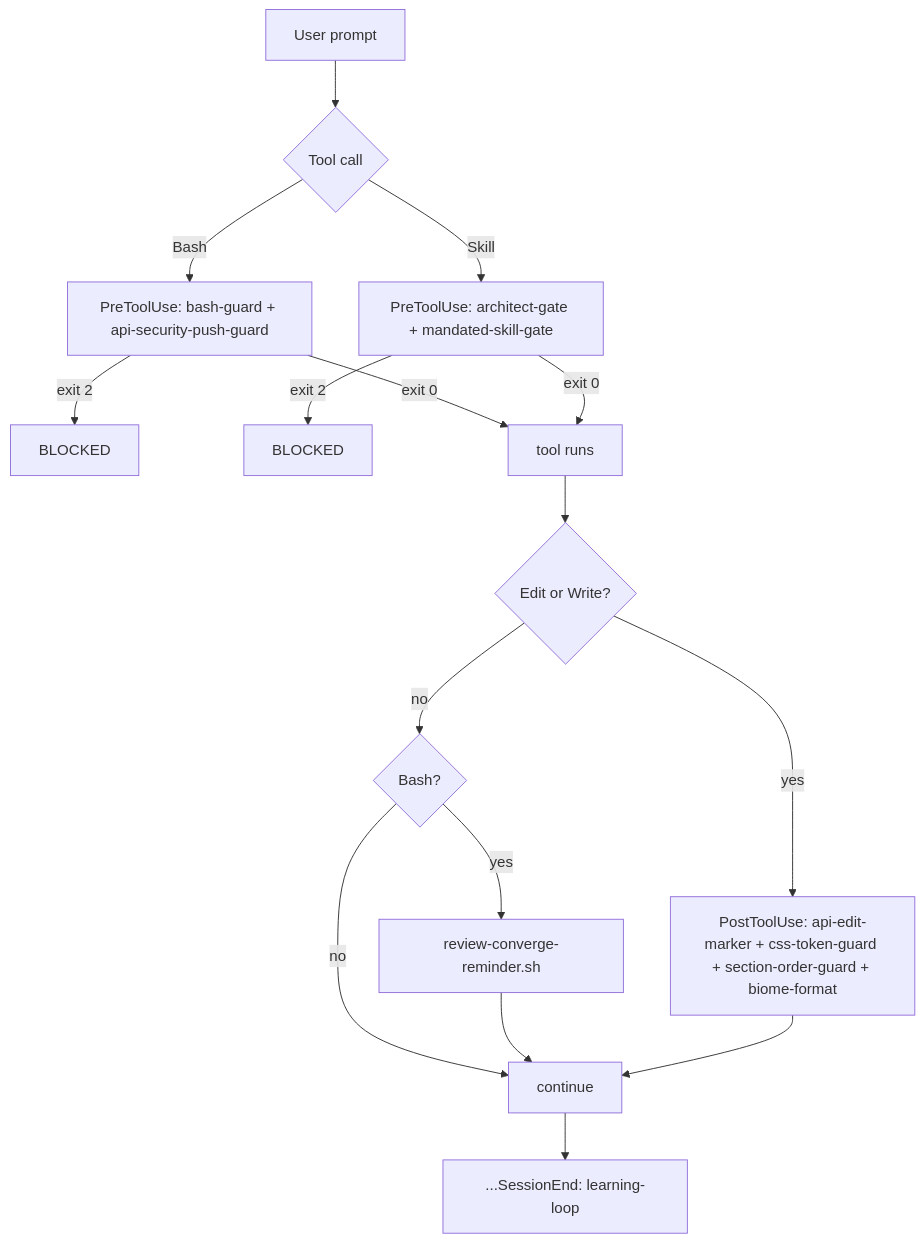
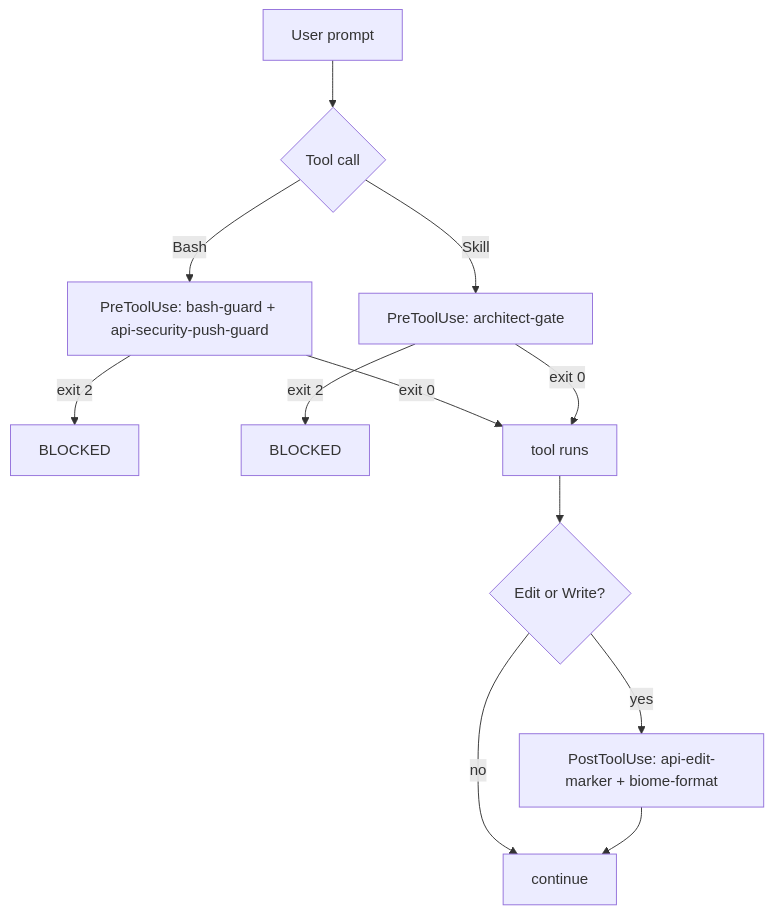
One commit to erikunha/portfolio changed the first of 3 diagrams in docs/handbook/agents-skills-hooks-mcp.md. Above: the diagram before and after it, drawn with Mermaid. The commit also changed other lines of this file and 39 other files, not shown here.

````diff
--- a/docs/handbook/agents-skills-hooks-mcp.md
+++ b/docs/handbook/agents-skills-hooks-mcp.md
@@ -48,18 +40,14 @@
 ```mermaid
 flowchart TD
     prompt["User prompt"] --> tooluse{Tool call}
     tooluse -->|Bash| pre1["PreToolUse: bash-guard + api-security-push-guard"]
-    tooluse -->|Skill| pre2["PreToolUse: architect-gate + mandated-skill-gate"]
+    tooluse -->|Skill| pre2["PreToolUse: architect-gate"]
     pre1 -->|exit 2| blocked1["BLOCKED"]
     pre2 -->|exit 2| blocked2["BLOCKED"]
     pre1 -->|exit 0| run["tool runs"]
     pre2 -->|exit 0| run
     run --> post{Edit or Write?}
-    post -->|yes| post1["PostToolUse: api-edit-marker + css-token-guard + section-order-guard + biome-format"]
-    post -->|no| bashq{Bash?}
-    bashq -->|yes| converge[review-converge-reminder.sh]
-    bashq -->|no| done
-    converge --> done["continue"]
+    post -->|yes| post1["PostToolUse: api-edit-marker + biome-format"]
+    post -->|no| done["continue"]
     post1 --> done
-    done --> sessionend["...SessionEnd: learning-loop"]
 ```
````
